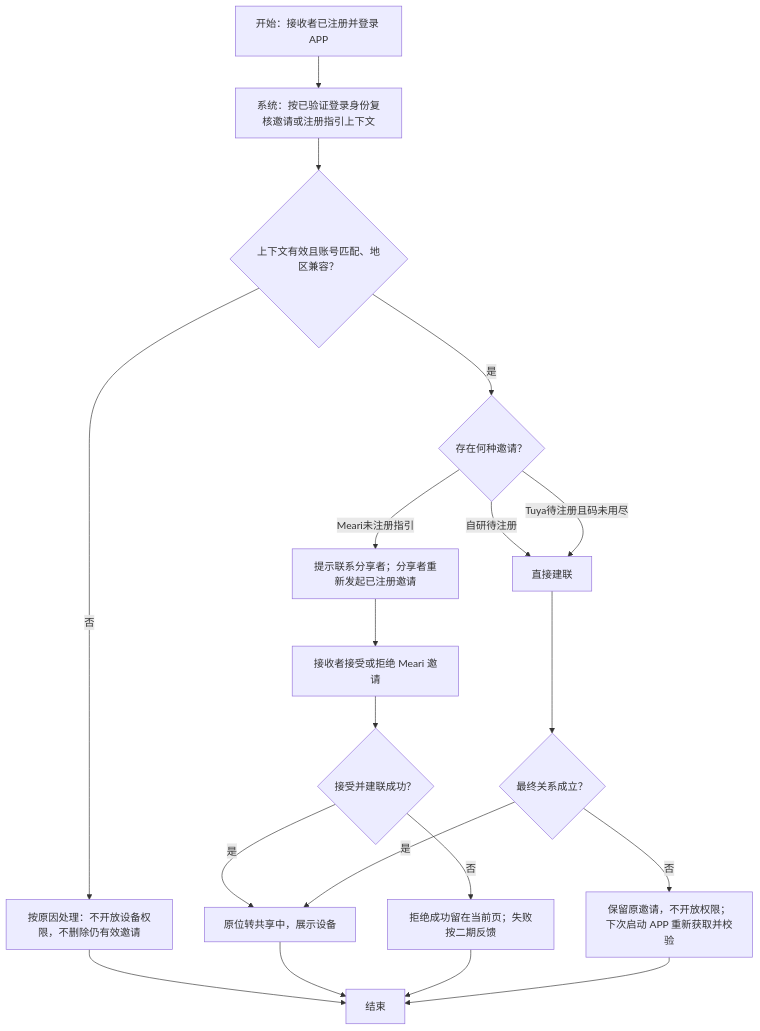
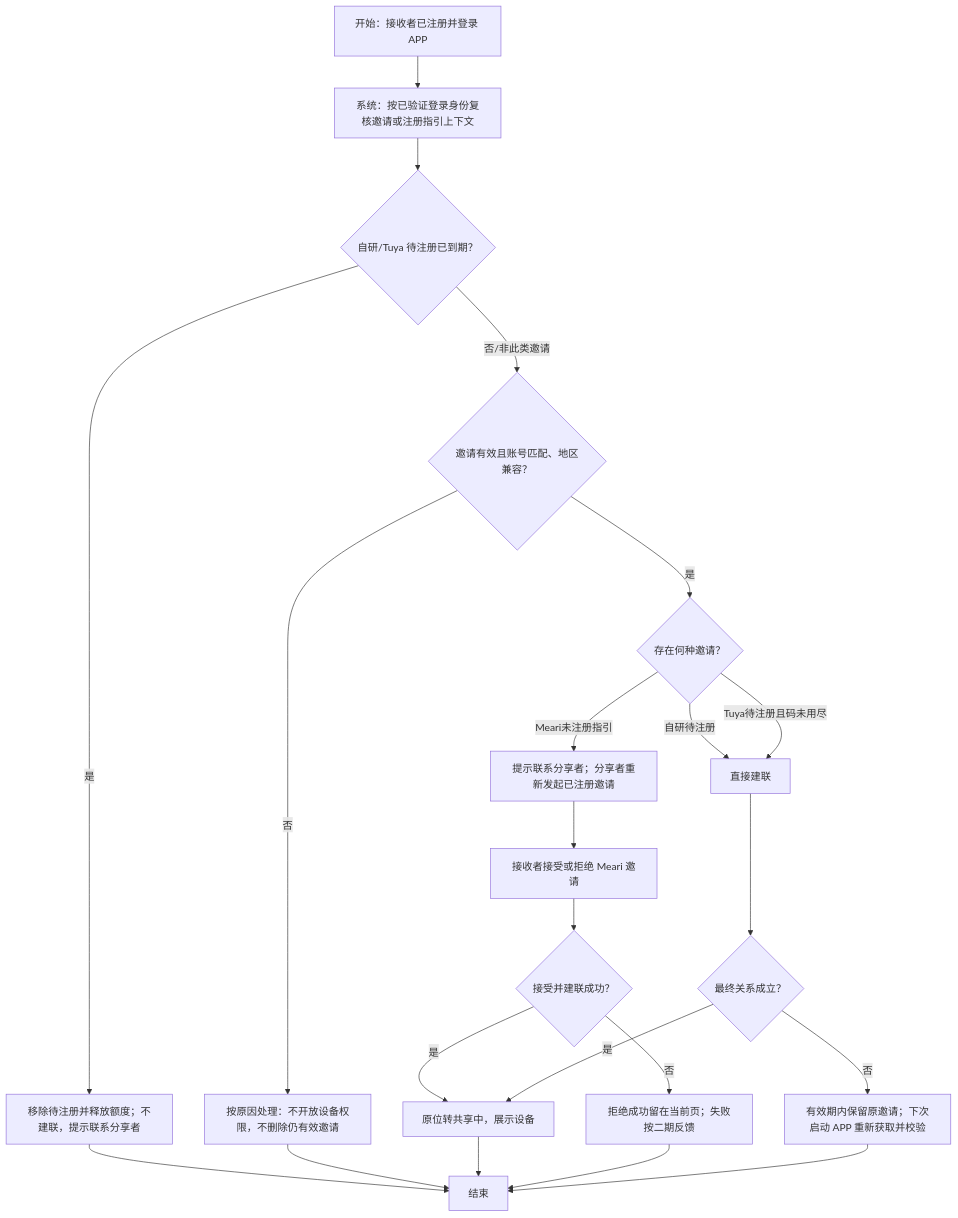
Before and after one commit to HawZZ/root-interactivable-prototype: the third of 4 diagrams in prototypes/device-sharing-phase-3/prd.md, drawn with Mermaid. The commit also changed other lines of this file and 5 other files, not shown here.

````diff
--- a/prototypes/device-sharing-phase-3/prd.md
+++ b/prototypes/device-sharing-phase-3/prd.md
@@ -111,17 +111,19 @@
 ```mermaid
 flowchart TD
   A["开始：接收者已注册并登录 APP"] --> B["系统：按已验证登录身份复核邀请或注册指引上下文"]
-  B --> C{"上下文有效且账号匹配、地区兼容？"}
+  B --> T{"自研/Tuya 待注册已到期？"}
+  T -- "是" --> X["移除待注册并释放额度；不建联，提示联系分享者"] --> Z
+  T -- "否/非此类邀请" --> C{"邀请有效且账号匹配、地区兼容？"}
   C -- "否" --> D["按原因处理：不开放设备权限，不删除仍有效邀请"] --> Z["结束"]
   C -- "是" --> E{"存在何种邀请？"}
   E -- "自研待注册" --> F["直接建联"]
   E -- "Tuya待注册且码未用尽" --> F
   E -- "Meari未注册指引" --> G["提示联系分享者；分享者重新发起已注册邀请"]
   G --> H["接收者接受或拒绝 Meari 邀请"]
   H --> I{"接受并建联成功？"}
   I -- "是" --> K["原位转共享中，展示设备"] --> Z
   I -- "否" --> J["拒绝成功留在当前页；失败按二期反馈"] --> Z
   F --> L{"最终关系成立？"}
   L -- "是" --> K
-  L -- "否" --> M["保留原邀请，不开放权限；下次启动 APP 重新获取并校验"] --> Z
+  L -- "否" --> M["有效期内保留原邀请；下次启动 APP 重新获取并校验"] --> Z
 ```
````
